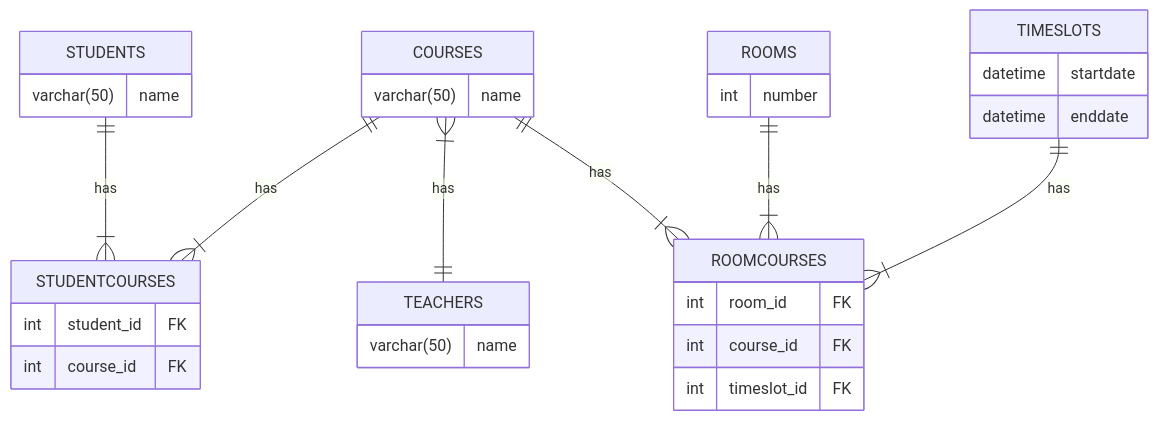
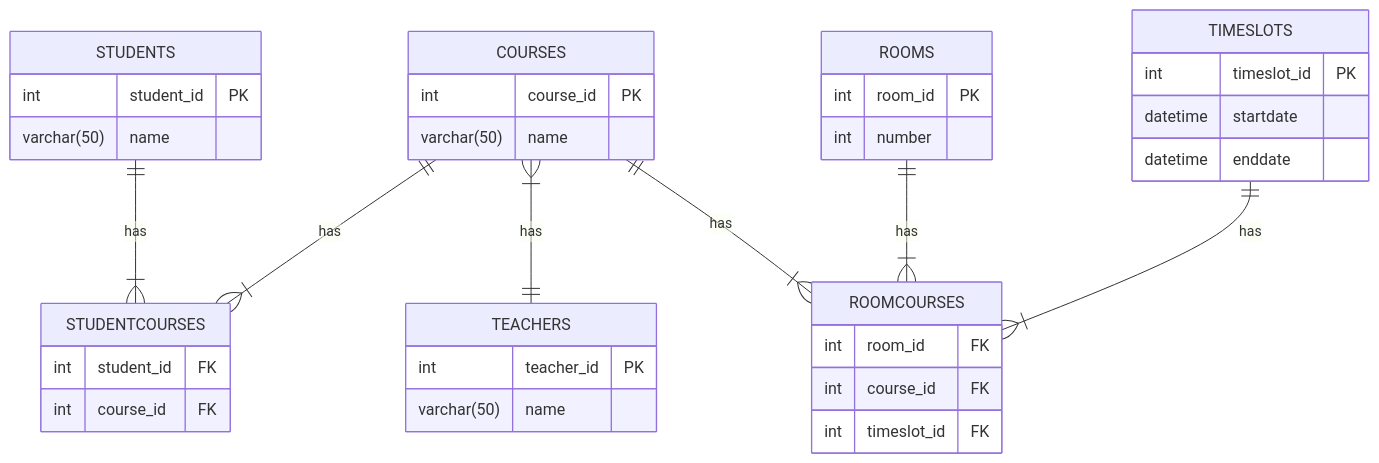
Before and after one commit to boolean-uk/java-data-modelling: the diagram in School-ERD.mmd, drawn with Mermaid. The commit also changed 1 other file, not shown here.

Commit message:
updated School-ERD.mmd + CandleMaker-ERD.mmd with primary keys

```diff
--- a/School-ERD.mmd
+++ b/School-ERD.mmd
@@ -1,33 +1,38 @@
 erDiagram
     COURSES {
+        int course_id PK
         varchar(50) name
     }
     TEACHERS {
+        int teacher_id PK
         varchar(50) name
     }
     STUDENTS {
+        int student_id PK
         varchar(50) name
     }
     ROOMS {
+        int room_id PK
         int number
     }
     STUDENTCOURSES {
         int student_id FK
         int course_id FK
     }
     ROOMCOURSES {
         int room_id FK
         int course_id FK
         int timeslot_id FK
     }
     TIMESLOTS {
+        int timeslot_id PK
         datetime startdate
         datetime enddate
     }
 
     STUDENTS ||--|{ STUDENTCOURSES : has
     COURSES ||--|{ STUDENTCOURSES : has
     COURSES }|--|| TEACHERS : has
     COURSES ||--|{ ROOMCOURSES : has
     ROOMS ||--|{ ROOMCOURSES : has
     TIMESLOTS ||--|{ ROOMCOURSES : has
```
